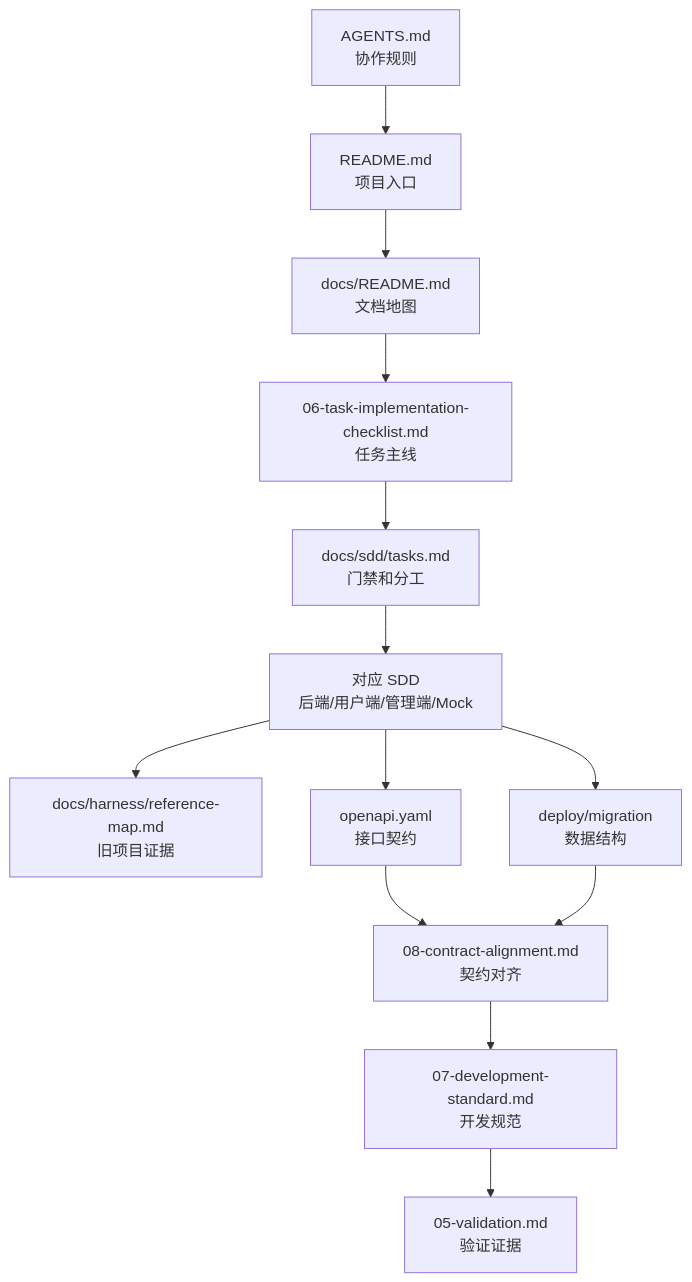
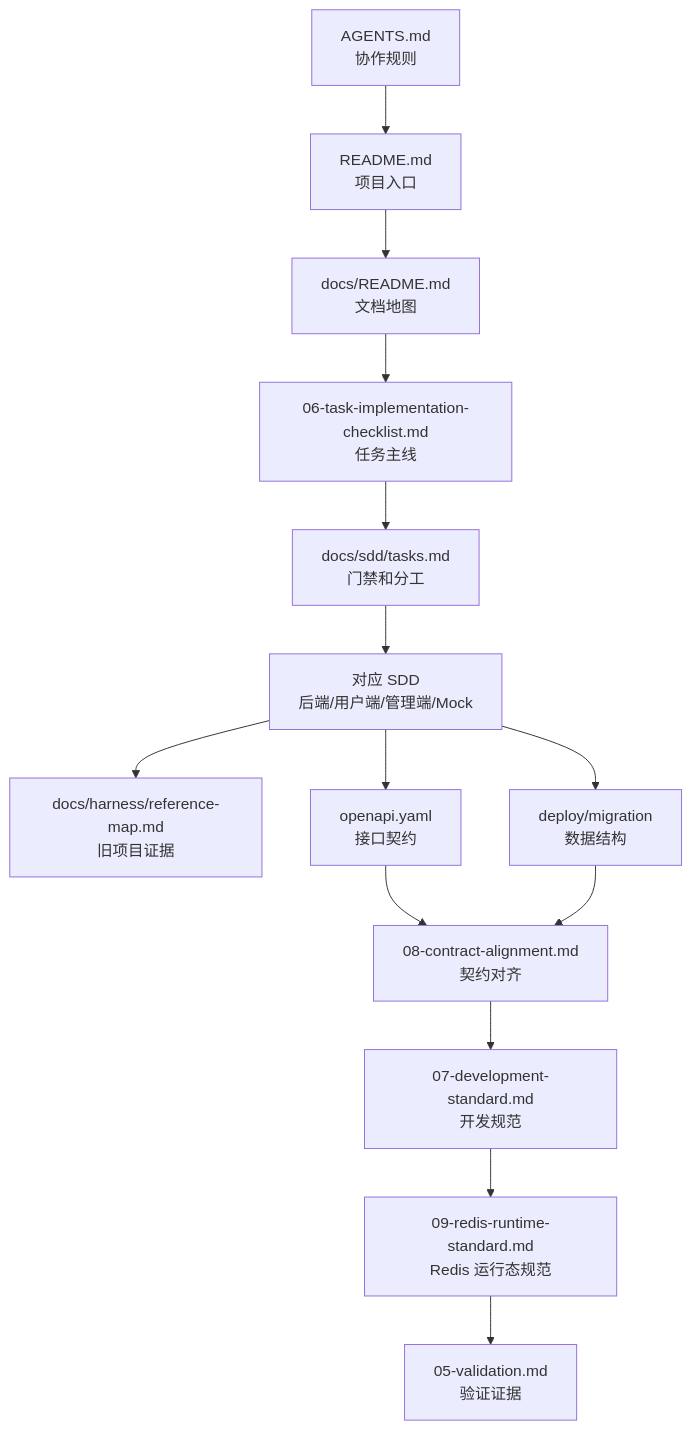
Before and after one commit to lizhengda0525-sudo/ZhongXiangPin: the diagram in docs/README.md, drawn with Mermaid. The commit also changed other lines of this file and 4 other files, not shown here.

Commit message:
docd: 建立 Redis 运行态规范

````diff
--- a/docs/README.md
+++ b/docs/README.md
@@ -18,18 +18,19 @@
 ```mermaid
 flowchart TB
     accTitle: Document Reading Flow
     accDescr: 文档阅读流展示从协作入口到任务执行、契约对齐、旧项目证据和验证记录的推荐顺序。
 
     agent["AGENTS.md<br/>协作规则"] --> readme["README.md<br/>项目入口"]
     readme --> docs_map["docs/README.md<br/>文档地图"]
     docs_map --> checklist["06-task-implementation-checklist.md<br/>任务主线"]
     checklist --> sdd_tasks["docs/sdd/tasks.md<br/>门禁和分工"]
     sdd_tasks --> sdd_spec["对应 SDD<br/>后端/用户端/管理端/Mock"]
     sdd_spec --> harness["docs/harness/reference-map.md<br/>旧项目证据"]
     sdd_spec --> openapi["openapi.yaml<br/>接口契约"]
     sdd_spec --> migration["deploy/migration<br/>数据结构"]
     openapi --> alignment["08-contract-alignment.md<br/>契约对齐"]
     migration --> alignment
     alignment --> standard["07-development-standard.md<br/>开发规范"]
-    standard --> validation["05-validation.md<br/>验证证据"]
+    standard --> redis["09-redis-runtime-standard.md<br/>Redis 运行态规范"]
+    redis --> validation["05-validation.md<br/>验证证据"]
 ```
````
